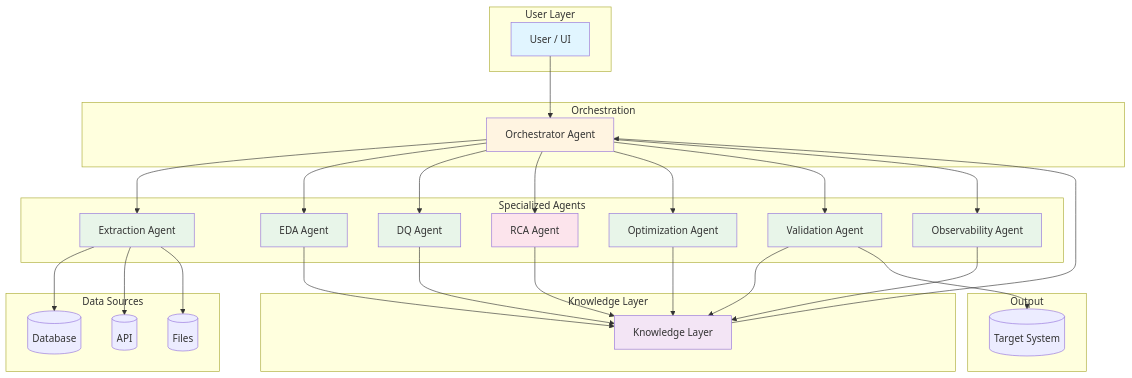
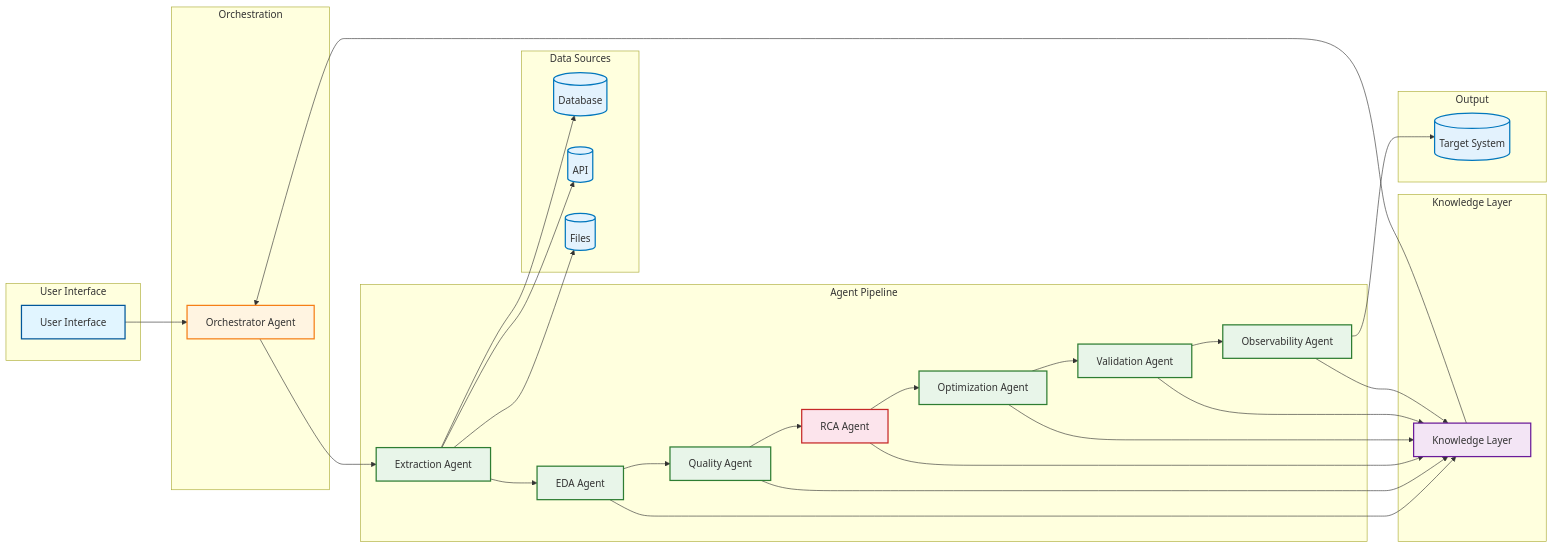
Before and after one commit to najiatasleem/agentic-de-lifecycle: the diagram in architecture-diagram.md, drawn with Mermaid.

Commit message:
Create professional balanced architecture diagram with sequential DE lifecycle flow

````diff
--- a/architecture-diagram.md
+++ b/architecture-diagram.md
@@ -5,69 +5,72 @@
 ```mermaid
-graph TB
-    subgraph "User Layer"
-        USER[User / UI]
+graph LR
+    subgraph "User Interface"
+        UI[User Interface]
     end
     
     subgraph "Orchestration"
         ORCH[Orchestrator Agent]
     end
     
-    subgraph "Specialized Agents"
+    subgraph "Data Sources"
+        DB[(Database)]
+        API[(API)]
+        FILES[(Files)]
+    end
+    
+    subgraph "Agent Pipeline"
         INGEST[Extraction Agent]
         EDA[EDA Agent]
-        DQ[DQ Agent]
+        DQ[Quality Agent]
         RCA[RCA Agent]
         OPT[Optimization Agent]
         VAL[Validation Agent]
         OBS[Observability Agent]
     end
     
     subgraph "Knowledge Layer"
         KNOW[Knowledge Layer]
     end
     
-    subgraph "Data Sources"
-        DB[(Database)]
-        API[(API)]
-        FILES[(Files)]
-    end
-    
     subgraph "Output"
         TARGET[(Target System)]
     end
     
-    USER --> ORCH
+    UI --> ORCH
     ORCH --> INGEST
-    ORCH --> EDA
-    ORCH --> DQ
-    ORCH --> RCA
-    ORCH --> OPT
-    ORCH --> VAL
-    ORCH --> OBS
-    
     INGEST --> DB
     INGEST --> API
     INGEST --> FILES
+    
+    INGEST --> EDA
+    EDA --> DQ
+    DQ --> RCA
+    RCA --> OPT
+    OPT --> VAL
+    VAL --> OBS
+    OBS --> TARGET
     
     EDA --> KNOW
     DQ --> KNOW
     RCA --> KNOW
     OPT --> KNOW
     VAL --> KNOW
     OBS --> KNOW
     
     KNOW --> ORCH
     
-    VAL --> TARGET
-    
-    style USER fill:#e1f5ff
-    style ORCH fill:#fff4e1
-    style INGEST fill:#e8f5e9
-    style EDA fill:#e8f5e9
-    style DQ fill:#e8f5e9
-    style RCA fill:#fce4ec
-    style OPT fill:#e8f5e9
-    style VAL fill:#e8f5e9
-    style OBS fill:#e8f5e9
-    style KNOW fill:#f3e5f5
+    style UI fill:#e1f5ff,stroke:#01579b,stroke-width:2px
+    style ORCH fill:#fff4e1,stroke:#f57f17,stroke-width:2px
+    style INGEST fill:#e8f5e9,stroke:#2e7d32,stroke-width:2px
+    style EDA fill:#e8f5e9,stroke:#2e7d32,stroke-width:2px
+    style DQ fill:#e8f5e9,stroke:#2e7d32,stroke-width:2px
+    style RCA fill:#fce4ec,stroke:#c62828,stroke-width:2px
+    style OPT fill:#e8f5e9,stroke:#2e7d32,stroke-width:2px
+    style VAL fill:#e8f5e9,stroke:#2e7d32,stroke-width:2px
+    style OBS fill:#e8f5e9,stroke:#2e7d32,stroke-width:2px
+    style KNOW fill:#f3e5f5,stroke:#6a1b9a,stroke-width:2px
+    style DB fill:#e3f2fd,stroke:#0277bd,stroke-width:2px
+    style API fill:#e3f2fd,stroke:#0277bd,stroke-width:2px
+    style FILES fill:#e3f2fd,stroke:#0277bd,stroke-width:2px
+    style TARGET fill:#e3f2fd,stroke:#0277bd,stroke-width:2px
 ```
````
